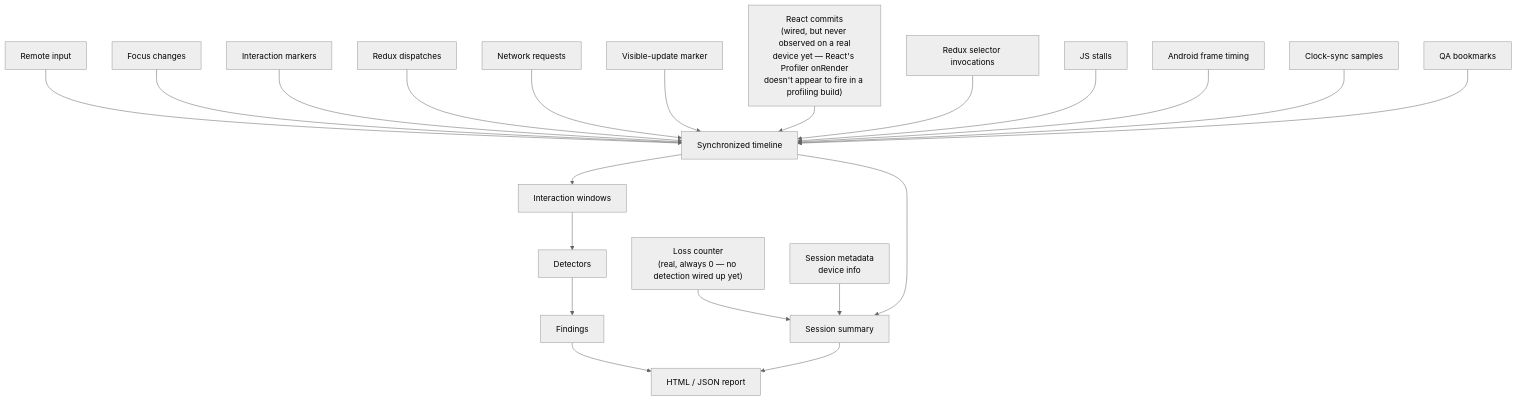
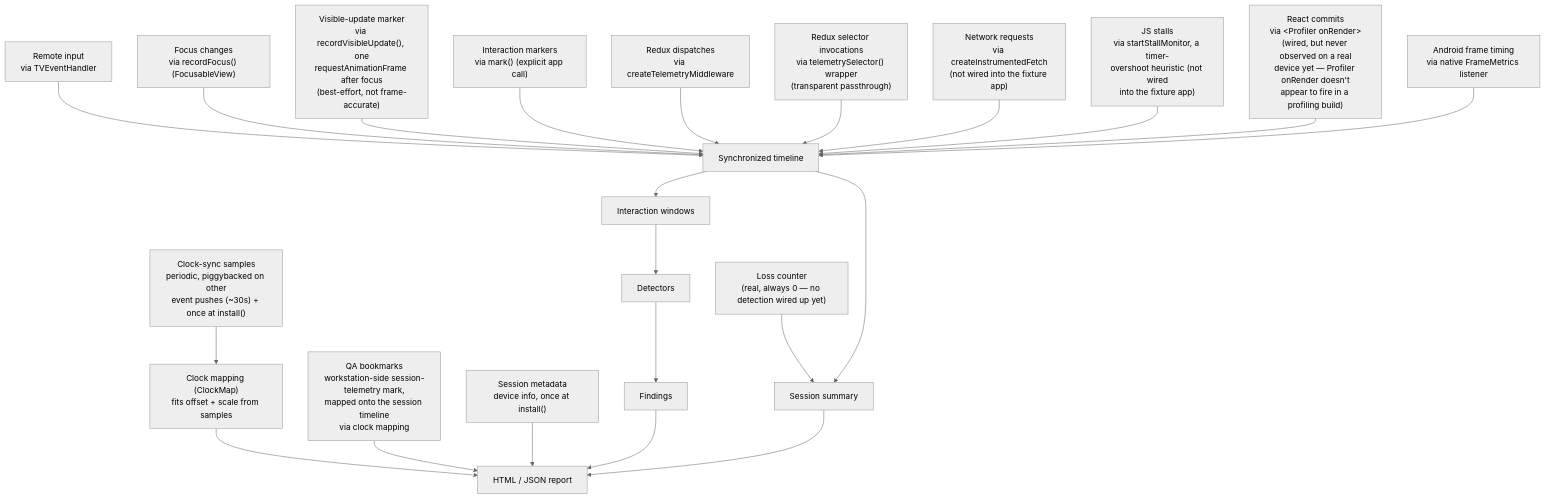
The diagram in diagrams/signals.mmd (undrafted/rn-android-tv-session-telemetry), drawn with Mermaid before and after one commit. The commit also changed 5 other files, not shown here.

```diff
--- a/diagrams/signals.mmd
+++ b/diagrams/signals.mmd
@@ -1,23 +1,27 @@
 %%{init: {"theme": "neutral"}}%%
+%% Full per-signal detail (capture mechanism, which detector consumes it, exact thresholds):
+%% see ../docs/measurement-semantics.md
 flowchart TD
-    RemoteInput["Remote input"] --> Timeline["Synchronized timeline"]
-    Focus["Focus changes"] --> Timeline
-    InteractionMarker["Interaction markers"] --> Timeline
-    Redux["Redux dispatches"] --> Timeline
-    Network["Network requests"] --> Timeline
-    VisibleUpdate["Visible-update marker"] --> Timeline
-    ReactCommit["React commits<br/>(wired, but never observed on a real<br/>device yet — React's Profiler onRender<br/>doesn't appear to fire in a profiling build)"] --> Timeline
-    Selector["Redux selector invocations"] --> Timeline
-    JSStall["JS stalls"] --> Timeline
-    FrameTiming["Android frame timing"] --> Timeline
-    ClockSync["Clock-sync samples"] --> Timeline
-    Bookmarks["QA bookmarks"] --> Timeline
+    RemoteInput["Remote input<br/>via TVEventHandler"] --> Timeline["Synchronized timeline"]
+    Focus["Focus changes<br/>via recordFocus() (FocusableView)"] --> Timeline
+    VisibleUpdate["Visible-update marker<br/>via recordVisibleUpdate(), one<br/>requestAnimationFrame after focus<br/>(best-effort, not frame-accurate)"] --> Timeline
+    InteractionMarker["Interaction markers<br/>via mark() (explicit app call)"] --> Timeline
+    Redux["Redux dispatches<br/>via createTelemetryMiddleware"] --> Timeline
+    Selector["Redux selector invocations<br/>via telemetrySelector() wrapper<br/>(transparent passthrough)"] --> Timeline
+    Network["Network requests<br/>via createInstrumentedFetch<br/>(not wired into the fixture app)"] --> Timeline
+    JSStall["JS stalls<br/>via startStallMonitor, a timer-<br/>overshoot heuristic (not wired<br/>into the fixture app)"] --> Timeline
+    ReactCommit["React commits<br/>via &lt;Profiler onRender&gt;<br/>(wired, but never observed on a real<br/>device yet — Profiler onRender doesn't<br/>appear to fire in a profiling build)"] --> Timeline
+    FrameTiming["Android frame timing<br/>via native FrameMetrics listener"] --> Timeline
+
+    ClockSync["Clock-sync samples<br/>periodic, piggybacked on other<br/>event pushes (~30s) + once at install()"] --> ClockMapping["Clock mapping (ClockMap)<br/>fits offset + scale from samples"]
+    ClockMapping --> ReportOut
+    Bookmarks["QA bookmarks<br/>workstation-side session-telemetry mark,<br/>mapped onto the session timeline<br/>via clock mapping"] --> ReportOut
+    SessionMeta["Session metadata<br/>device info, once at install()"] --> ReportOut
     LossCount["Loss counter<br/>(real, always 0 — no detection wired up yet)"] --> Summary
-    SessionMeta["Session metadata<br/>device info"] --> Summary
 
     Timeline --> Windows["Interaction windows"]
     Timeline --> Summary["Session summary"]
     Windows --> Detectors["Detectors"]
     Detectors --> Findings["Findings"]
     Findings --> ReportOut["HTML / JSON report"]
     Summary --> ReportOut
```
